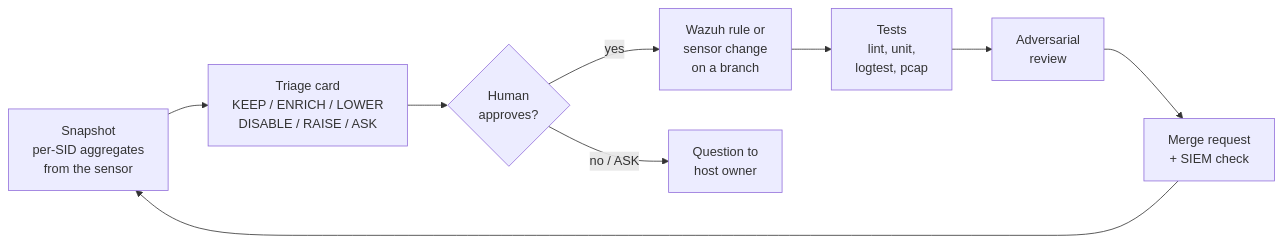
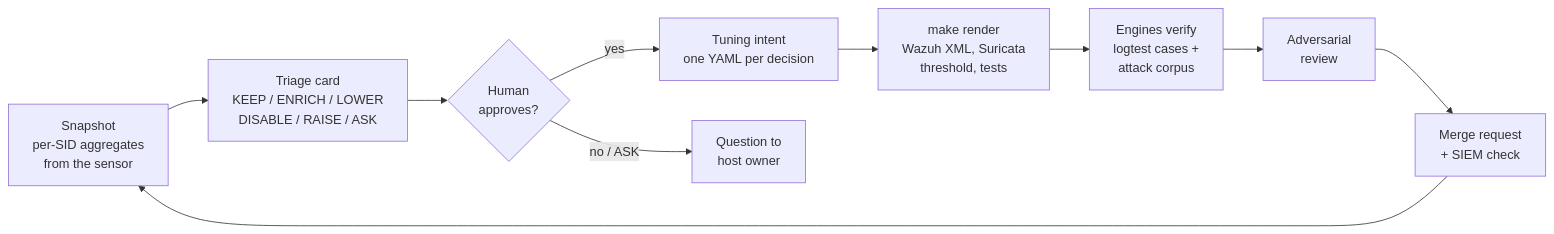
One commit to insomn1a0/suricata-tuning-agents changed the diagram in README.md. Above: the diagram before and after it, drawn with Mermaid. The commit also changed other lines of this file and 57 other files, not shown here.

````diff
--- a/README.md
+++ b/README.md
@@ -20,11 +27,12 @@
 ```mermaid
 flowchart LR
     A[Snapshot<br/>per-SID aggregates<br/>from the sensor] --> B[Triage card<br/>KEEP / ENRICH / LOWER<br/>DISABLE / RAISE / ASK]
     B --> C{Human<br/>approves?}
-    C -- yes --> D[Wazuh rule or<br/>sensor change<br/>on a branch]
-    D --> E[Tests<br/>lint, unit,<br/>logtest, pcap]
+    C -- yes --> D[Tuning intent<br/>one YAML per decision]
+    D --> R[make render<br/>Wazuh XML, Suricata<br/>threshold, tests]
+    R --> E[Engines verify<br/>logtest cases +<br/>attack corpus]
     E --> F[Adversarial<br/>review]
     F --> G[Merge request<br/>+ SIEM check]
     G --> A
     C -- no / ASK --> H[Question to<br/>host owner]
 ```
````
